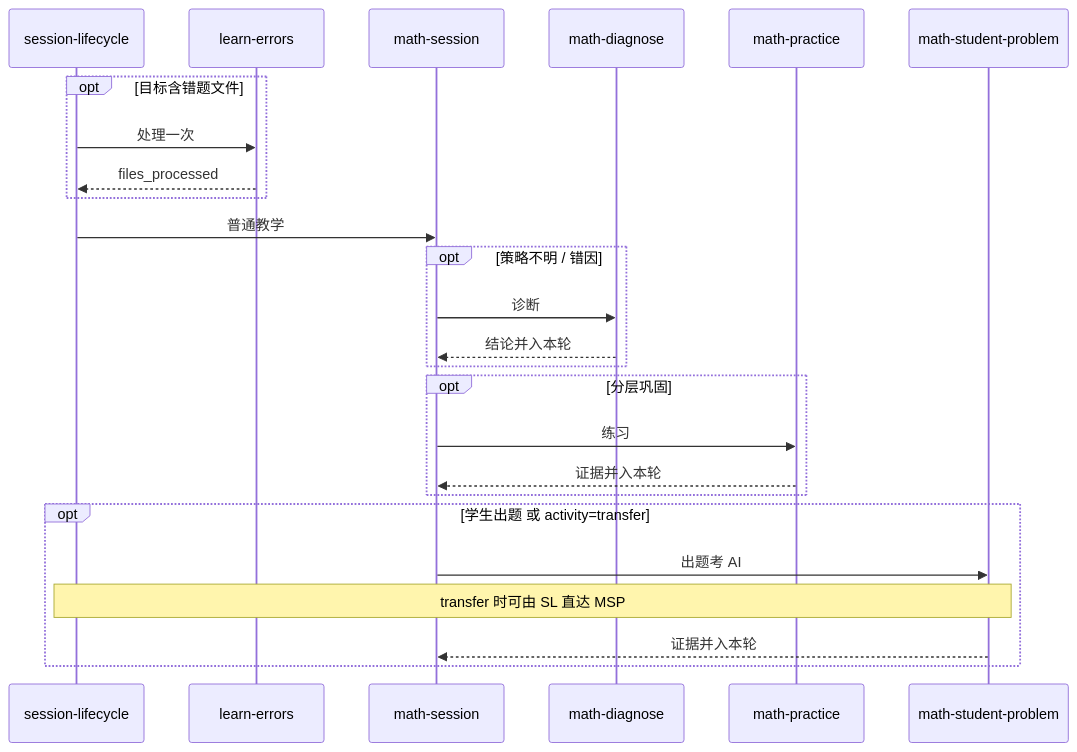
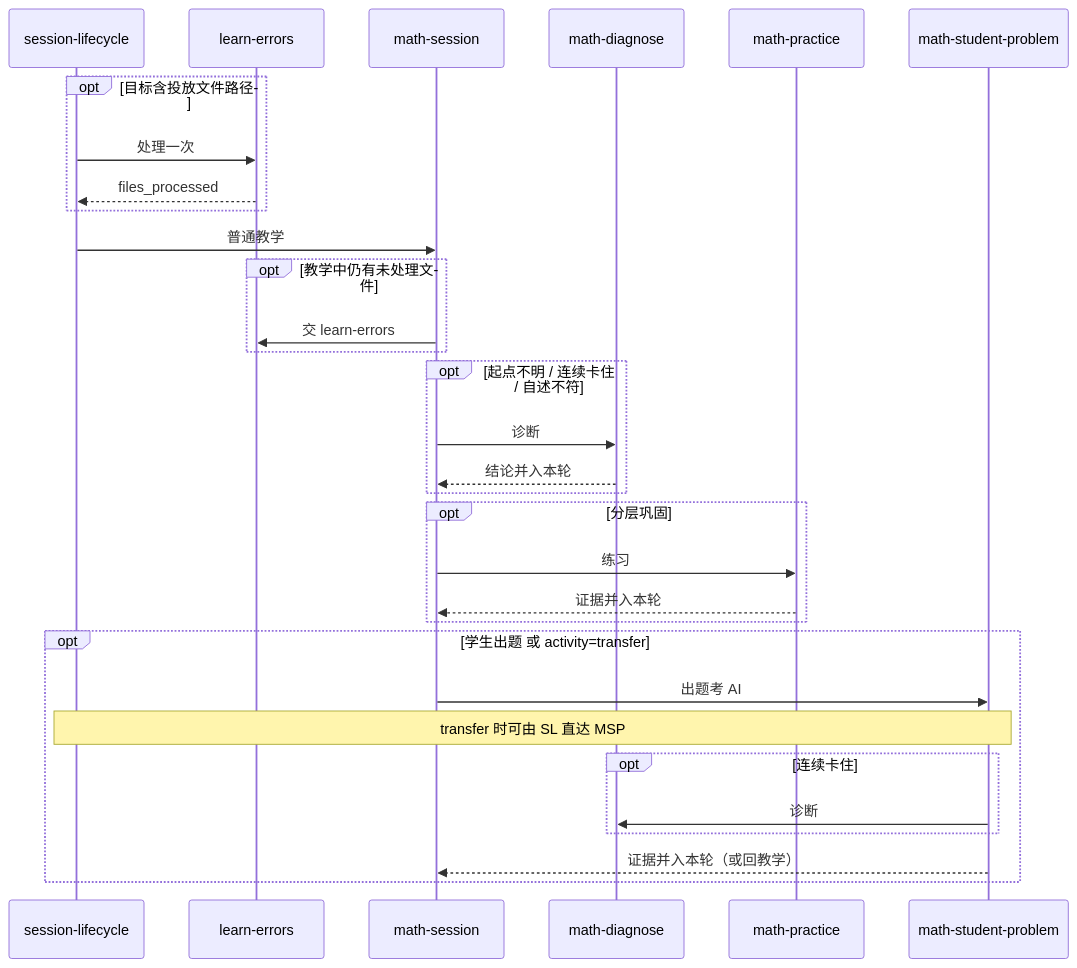
Before and after one commit to gengyabc/baicai-edu: the tenth of 17 diagrams in docs/skills/call-graph.md, drawn with Mermaid. The commit also changed other lines of this file and 19 other files, not shown here.

First line of the commit message:
Split math teaching rules into focused references and sync the call graph.

````diff
--- a/docs/skills/call-graph.md
+++ b/docs/skills/call-graph.md
@@ -246,28 +267,34 @@
 ```mermaid
 sequenceDiagram
   participant SL as session-lifecycle
   participant LE as learn-errors
   participant MS as math-session
   participant MD as math-diagnose
   participant MP as math-practice
   participant MSP as math-student-problem
 
-  opt 目标含错题文件
+  opt 目标含投放文件路径
     SL->>LE: 处理一次
     LE-->>SL: files_processed
   end
   SL->>MS: 普通教学
-  opt 策略不明 / 错因
+  opt 教学中仍有未处理文件
+    MS->>LE: 交 learn-errors
+  end
+  opt 起点不明 / 连续卡住 / 自述不符
     MS->>MD: 诊断
     MD-->>MS: 结论并入本轮
   end
   opt 分层巩固
     MS->>MP: 练习
     MP-->>MS: 证据并入本轮
   end
   opt 学生出题 或 activity=transfer
     MS->>MSP: 出题考 AI
     Note over SL,MSP: transfer 时可由 SL 直达 MSP
-    MSP-->>MS: 证据并入本轮
+    opt 连续卡住
+      MSP->>MD: 诊断
+    end
+    MSP-->>MS: 证据并入本轮（或回教学）
   end
 ```
````
